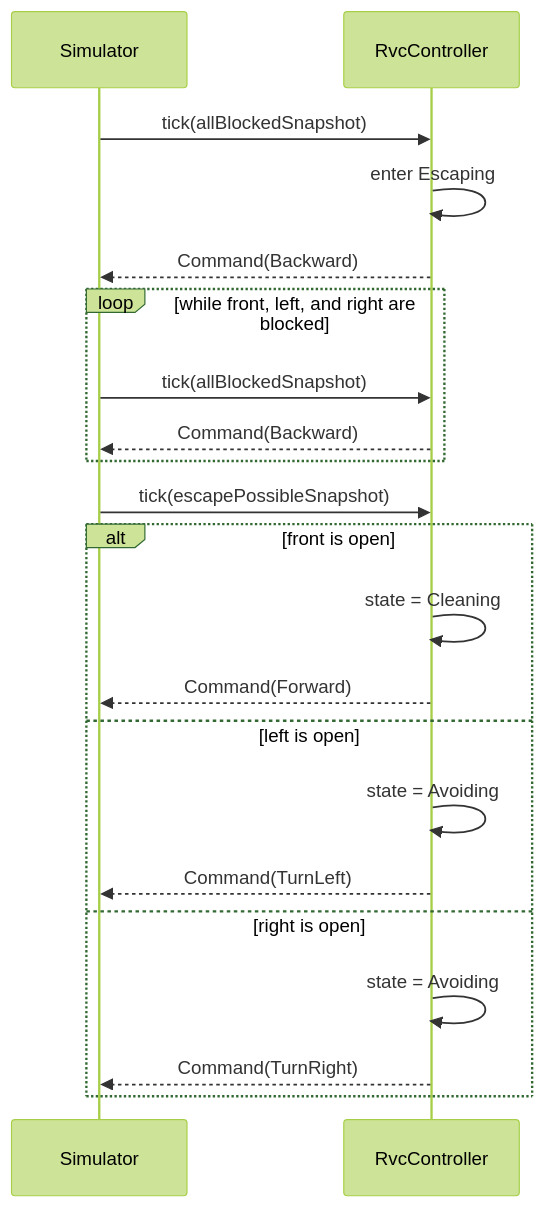
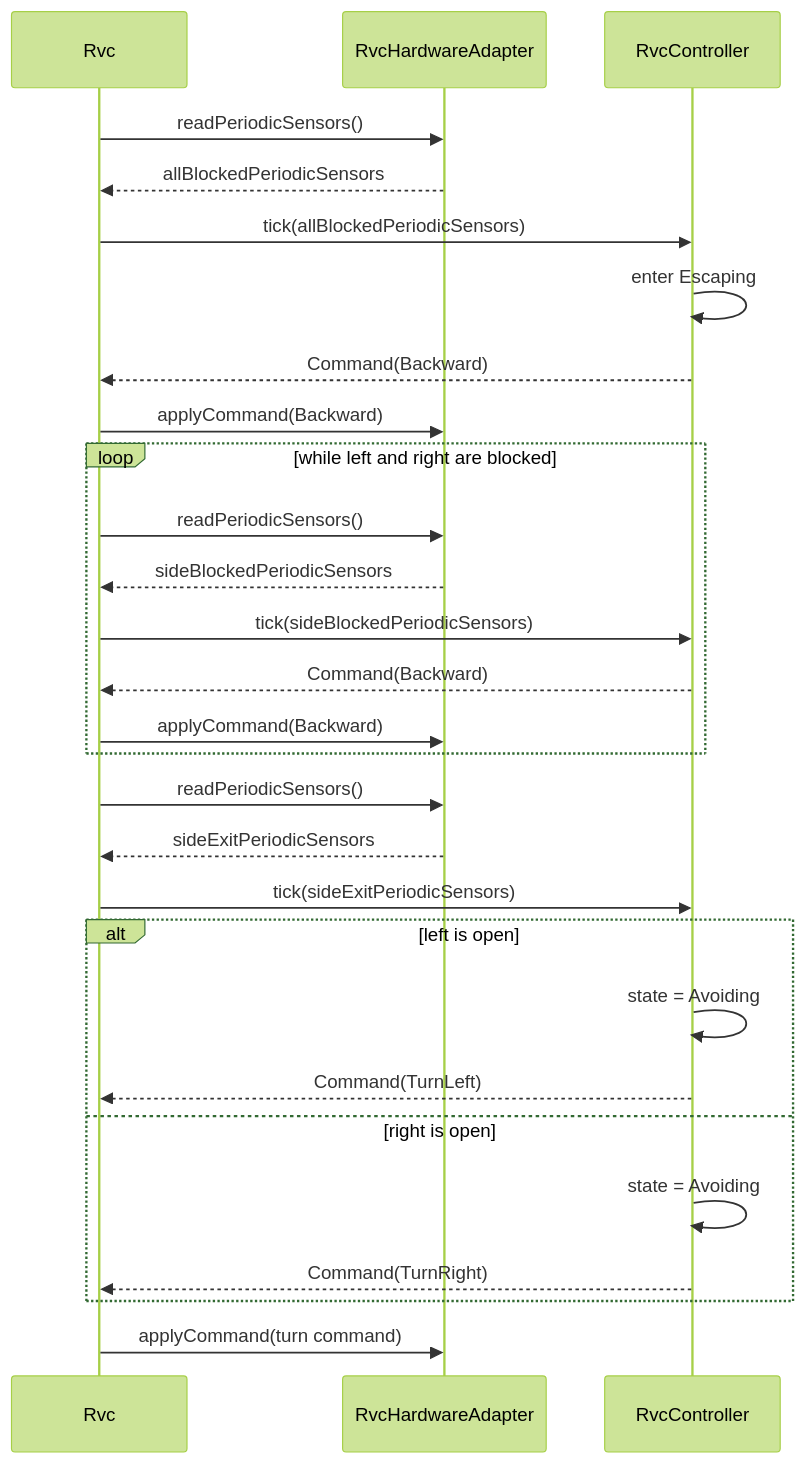
Before and after one commit to reload02/ooad-vibe: the seventh of 9 diagrams in docs/sdd.md, drawn with Mermaid (forest theme). The commit also changed other lines of this file and 15 other files, not shown here.

First line of the commit message:
Refactor RVC Control System Architecture

````diff
--- a/docs/sdd.md
+++ b/docs/sdd.md
@@ -392,24 +480,31 @@
 ```mermaid
 sequenceDiagram
-    participant Simulator
+    participant Rvc
+    participant Adapter as RvcHardwareAdapter
     participant Controller as RvcController
 
-    Simulator->>Controller: tick(allBlockedSnapshot)
+    Rvc->>Adapter: readPeriodicSensors()
+    Adapter-->>Rvc: allBlockedPeriodicSensors
+    Rvc->>Controller: tick(allBlockedPeriodicSensors)
     Controller->>Controller: enter Escaping
-    Controller-->>Simulator: Command(Backward)
-    loop while front, left, and right are blocked
-        Simulator->>Controller: tick(allBlockedSnapshot)
-        Controller-->>Simulator: Command(Backward)
+    Controller-->>Rvc: Command(Backward)
+    Rvc->>Adapter: applyCommand(Backward)
+    loop while left and right are blocked
+        Rvc->>Adapter: readPeriodicSensors()
+        Adapter-->>Rvc: sideBlockedPeriodicSensors
+        Rvc->>Controller: tick(sideBlockedPeriodicSensors)
+        Controller-->>Rvc: Command(Backward)
+        Rvc->>Adapter: applyCommand(Backward)
     end
-    Simulator->>Controller: tick(escapePossibleSnapshot)
-    alt front is open
-        Controller->>Controller: state = Cleaning
-        Controller-->>Simulator: Command(Forward)
-    else left is open
+    Rvc->>Adapter: readPeriodicSensors()
+    Adapter-->>Rvc: sideExitPeriodicSensors
+    Rvc->>Controller: tick(sideExitPeriodicSensors)
+    alt left is open
         Controller->>Controller: state = Avoiding
-        Controller-->>Simulator: Command(TurnLeft)
+        Controller-->>Rvc: Command(TurnLeft)
     else right is open
         Controller->>Controller: state = Avoiding
-        Controller-->>Simulator: Command(TurnRight)
+        Controller-->>Rvc: Command(TurnRight)
     end
+    Rvc->>Adapter: applyCommand(turn command)
 ```
````
